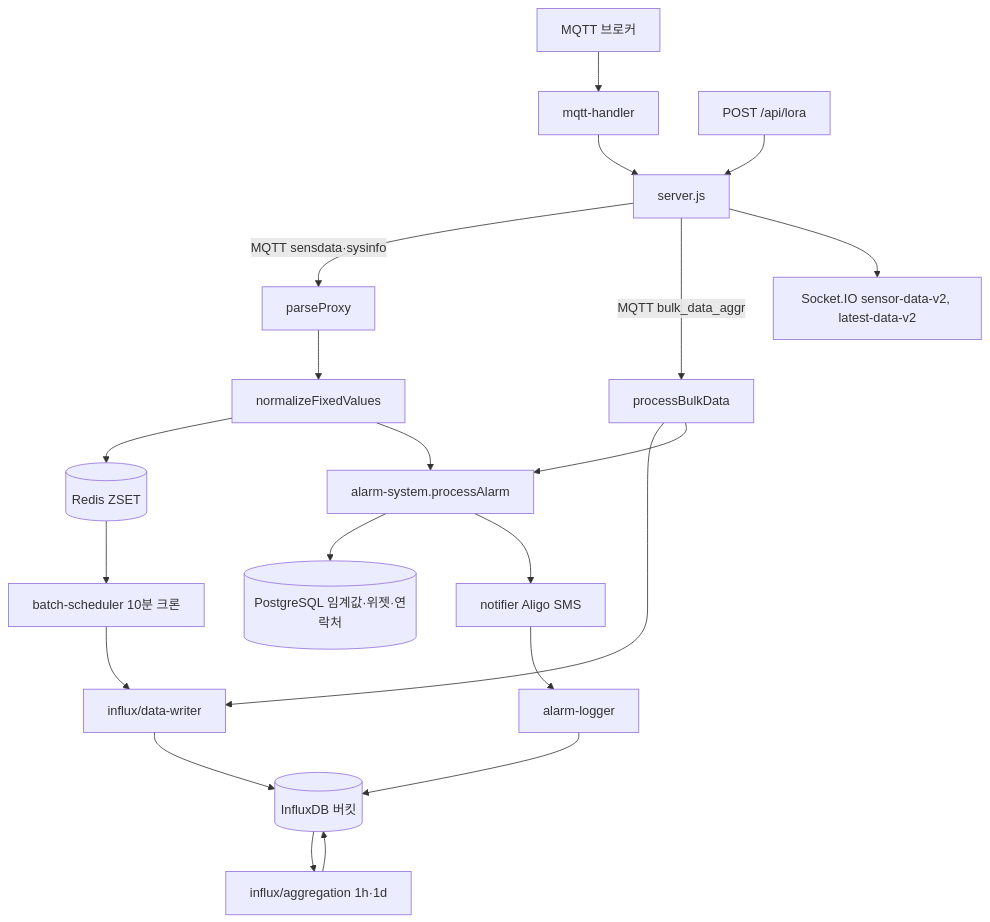
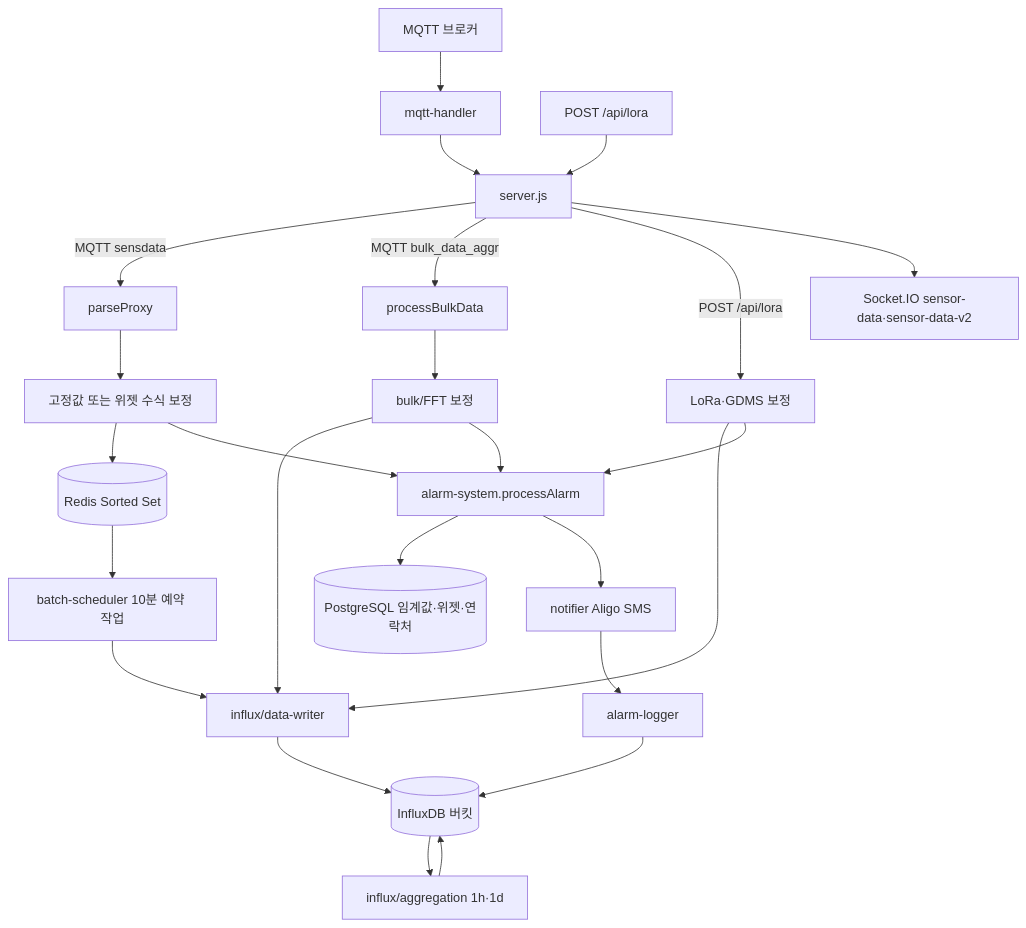
One commit to inbm-company/geoverse-- changed the first of 3 diagrams in server/undefined-2.md. Above: the diagram before and after it, drawn with Mermaid. The commit also changed other lines of this file and 4 other files, not shown here.

````diff
--- a/server/undefined-2.md
+++ b/server/undefined-2.md
@@ -13,26 +61,28 @@
 ```mermaid
 flowchart TB
     MQTT["MQTT 브로커"] --> MH["mqtt-handler"]
     HTTP_LORA["POST /api/lora"] --> SRV
     MH --> SRV["server.js"]
 
-    SRV -->|MQTT sensdata·sysinfo| PP[parseProxy]
+    SRV -->|MQTT sensdata| PP[parseProxy]
     SRV -->|MQTT bulk_data_aggr| PB[processBulkData]
 
-    PP --> FIX[normalizeFixedValues]
-    FIX --> RD[(Redis ZSET)]
+    PP --> FIX[고정값 또는 위젯 수식 보정]
+    FIX --> RD[(Redis Sorted Set)]
     FIX --> AL[alarm-system.processAlarm]
-    PB --> IW[influx/data-writer]
+    PB --> BCORR[bulk/FFT 보정] --> IW[influx/data-writer]
+    SRV -->|POST /api/lora| LCORR[LoRa·GDMS 보정] --> IW
 
-    RD --> BS[batch-scheduler 10분 크론] --> IW
+    RD --> BS[batch-scheduler 10분 예약 작업] --> IW
     IW --> INF[(InfluxDB 버킷)]
     INF --> AGG[influx/aggregation 1h·1d]
     AGG --> INF
 
-    PB --> AL
+    BCORR --> AL
+    LCORR --> AL
     AL --> PG[(PostgreSQL 임계값·위젯·연락처)]
     AL --> NT[notifier Aligo SMS]
     NT --> LOG[alarm-logger] --> INF
 
-    SRV --> WS["Socket.IO sensor-data-v2, latest-data-v2"]
+    SRV --> WS["Socket.IO sensor-data·sensor-data-v2"]
 ```
````
